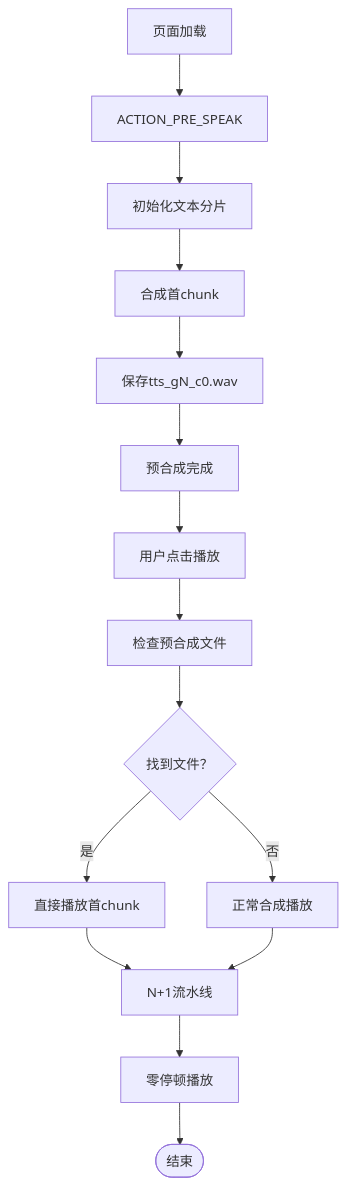
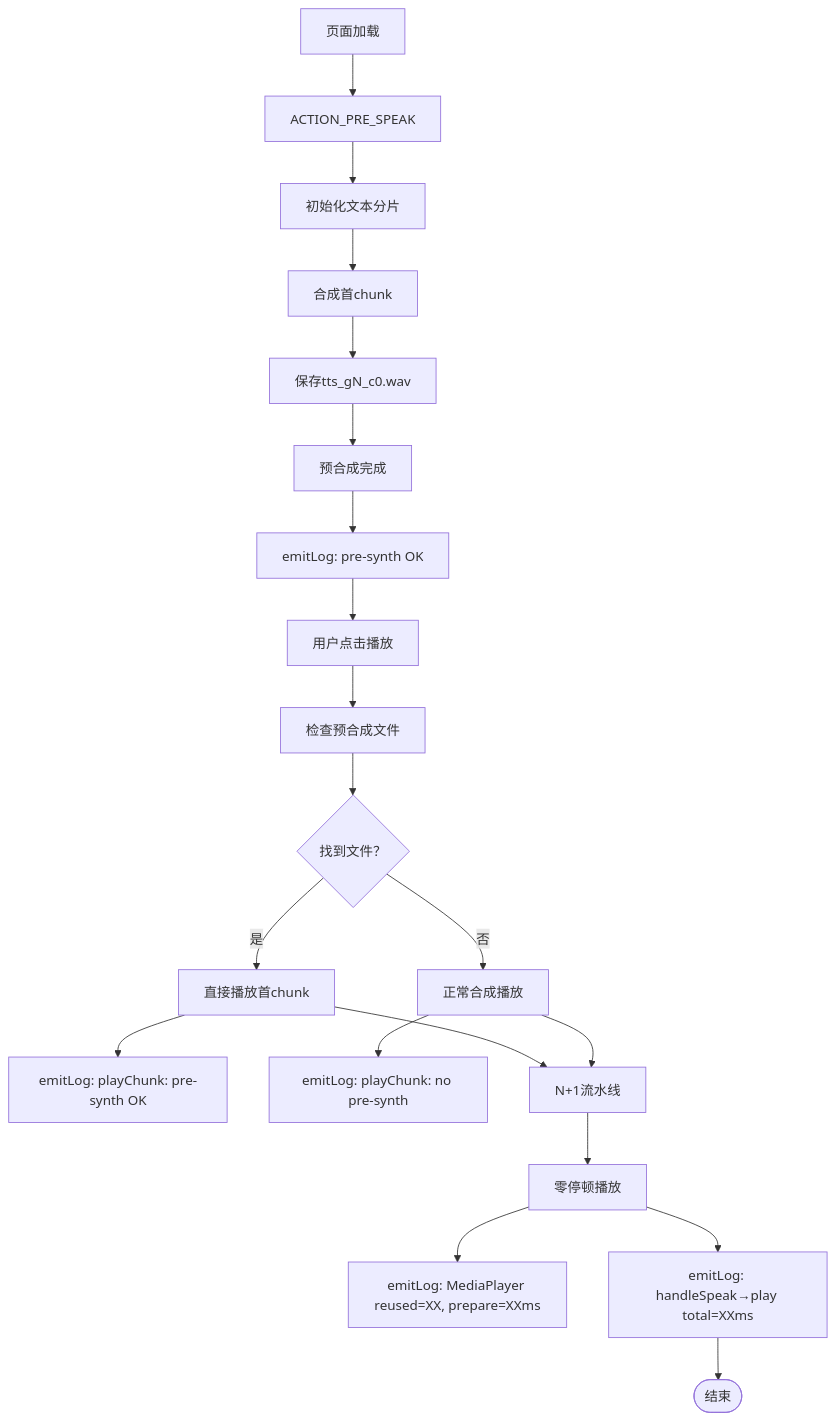
Before and after one commit to zhao-zg/cx: the eighth of 11 diagrams in .qoder/repowiki/zh/content/移动应用开发/移动应用开发.md, drawn with Mermaid. The commit also changed other lines of this file and 34 other files, not shown here.

````diff
--- a/.qoder/repowiki/zh/content/移动应用开发/移动应用开发.md
+++ b/.qoder/repowiki/zh/content/移动应用开发/移动应用开发.md
@@ -387,17 +411,22 @@
 ```mermaid
 flowchart TD
 PageLoad["页面加载"] --> PreSynth["ACTION_PRE_SPEAK"]
 PreSynth --> InitChunks["初始化文本分片"]
 InitChunks --> SynthesizeFirst["合成首chunk"]
 SynthesizeFirst --> SaveFile["保存tts_gN_c0.wav"]
 SaveFile --> Ready["预合成完成"]
-Ready --> UserClick["用户点击播放"]
+Ready --> PerfLog1["emitLog: pre-synth OK"]
+PerfLog1 --> UserClick["用户点击播放"]
 UserClick --> CheckPreSynth["检查预合成文件"]
 CheckPreSynth --> HasFile{"找到文件？"}
 HasFile --> |是| DirectPlay["直接播放首chunk"]
 HasFile --> |否| NormalSynth["正常合成播放"]
+DirectPlay --> PerfLog2["emitLog: playChunk: pre-synth OK"]
+NormalSynth --> PerfLog3["emitLog: playChunk: no pre-synth"]
 DirectPlay --> Pipeline["N+1流水线"]
 NormalSynth --> Pipeline
 Pipeline --> ZeroDelay["零停顿播放"]
-ZeroDelay --> End(["结束"])
+ZeroDelay --> PerfLog4["emitLog: MediaPlayer reused=XX, prepare=XXms"]
+ZeroDelay --> TotalTime["emitLog: handleSpeak→play total=XXms"]
+TotalTime --> End(["结束"])
 ```
````
